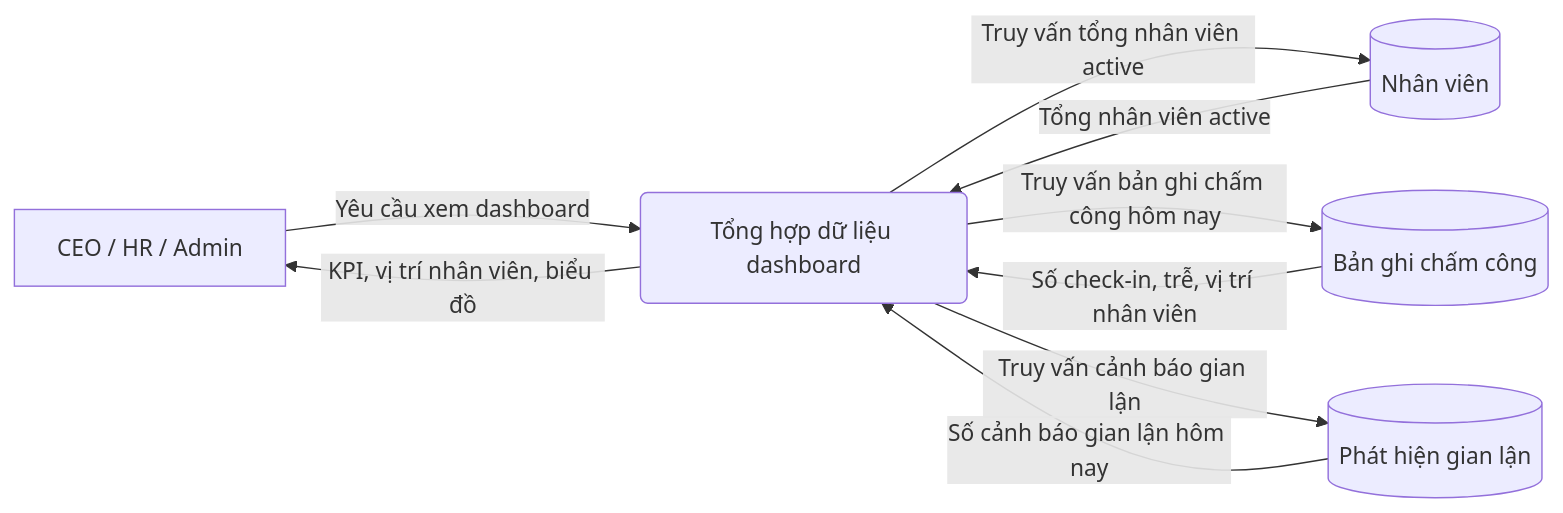
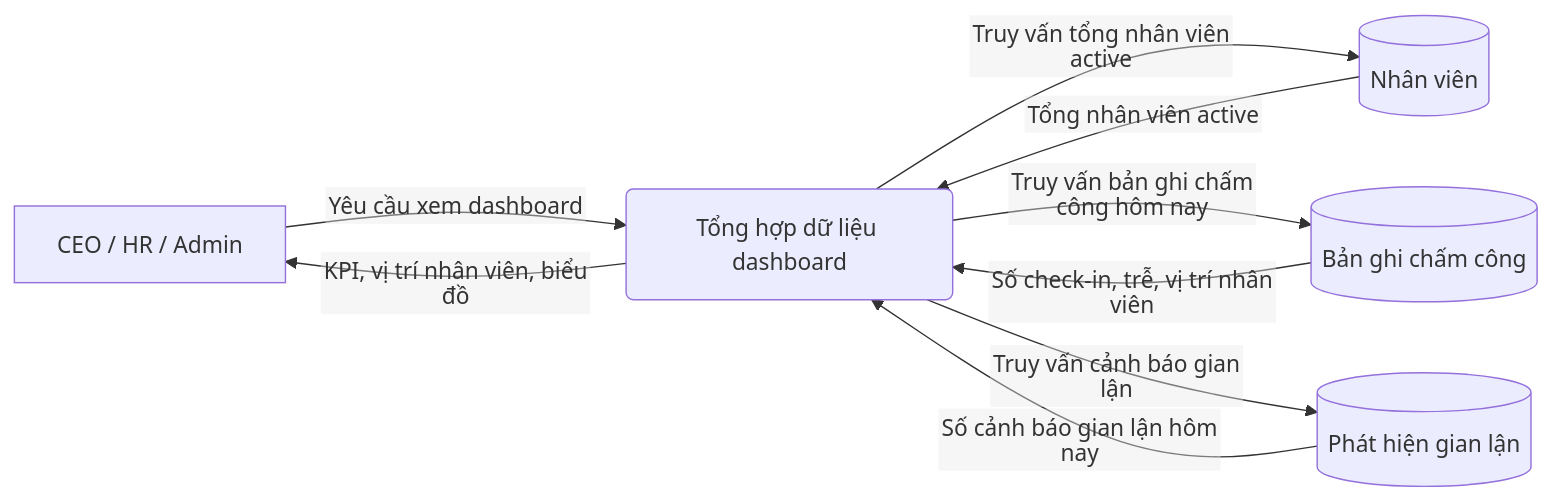
Before and after one commit to projrabbit/draftwork: the diagram in DFD/new_dfd/dfd_level_1_xem_dashboard_tong_quan.mmd, drawn with Mermaid. The commit also changed 17 other files, not shown here.

```diff
--- a/DFD/new_dfd/dfd_level_1_xem_dashboard_tong_quan.mmd
+++ b/DFD/new_dfd/dfd_level_1_xem_dashboard_tong_quan.mmd
@@ -1,15 +1,16 @@
+%%{init: {"theme": "default", "securityLevel": "loose", "flowchart": {"htmlLabels": false}, "themeCSS": ".edgeLabel, .edgeLabel span, .edgeLabel p, .edgeLabel div { background: transparent !important; background-color: transparent !important; } .edgeLabel rect, .labelBkg, .edgeLabel .labelBkg { fill: transparent !important; stroke: transparent !important; opacity: 0 !important; }"}}%%
 flowchart LR
     ND["CEO / HR / Admin"]
     P1("Tổng hợp dữ liệu dashboard")
     D2[(Nhân viên)]
     D3[(Bản ghi chấm công)]
     D7[(Phát hiện gian lận)]
 
     ND -->|"Yêu cầu xem dashboard"| P1
     P1 -->|"Truy vấn tổng nhân viên active"| D2
     D2 -->|"Tổng nhân viên active"| P1
     P1 -->|"Truy vấn bản ghi chấm công hôm nay"| D3
     D3 -->|"Số check-in, trễ, vị trí nhân viên"| P1
     P1 -->|"Truy vấn cảnh báo gian lận"| D7
     D7 -->|"Số cảnh báo gian lận hôm nay"| P1
     P1 -->|"KPI, vị trí nhân viên, biểu đồ"| ND
```
